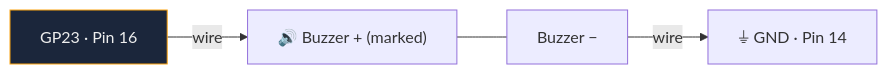
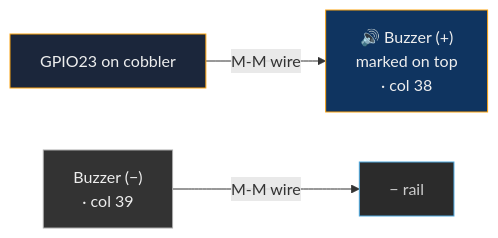
One commit to BigDawg013/clawpi-scout changed the sixth of 10 diagrams in docs/WIRING.md. Above: the diagram before and after it, drawn with Mermaid. The commit also changed other lines of this file, not shown here.

First line of the commit message:
Update WIRING.md with T-cobbler Mermaid diagrams

````diff
--- a/docs/WIRING.md
+++ b/docs/WIRING.md
@@ -130,8 +185,10 @@
 ```mermaid
 graph LR
-    GP23["GP23 · Pin 16"] -->|wire| BZPLUS["🔊 Buzzer + (marked)"]
-    BZPLUS --- BZMINUS["Buzzer −"]
-    BZMINUS -->|wire| GND["⏚ GND · Pin 14"]
+    GP23["GPIO23 on cobbler"] -->|"M-M wire"| BZ_PLUS["🔊 Buzzer (+)\nmarked on top\n· col 38"]
+    BZ_MINUS["Buzzer (−)\n· col 39"] -->|"M-M wire"| GND["− rail"]
 
     style GP23 fill:#1b263b,stroke:#fca311,color:#eee
+    style BZ_PLUS fill:#0f3460,stroke:#fca311,color:#eee
+    style BZ_MINUS fill:#333,stroke:#aaa,color:#eee
+    style GND fill:#2b2b2b,stroke:#4ea8de,color:#ccc
 ```
````
